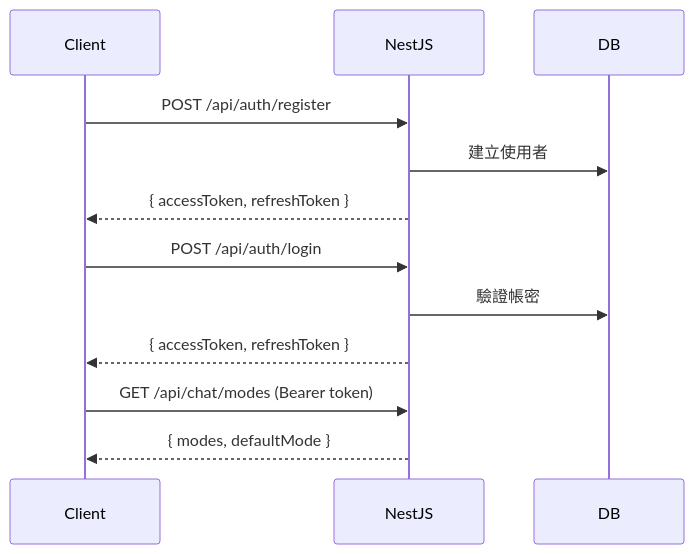
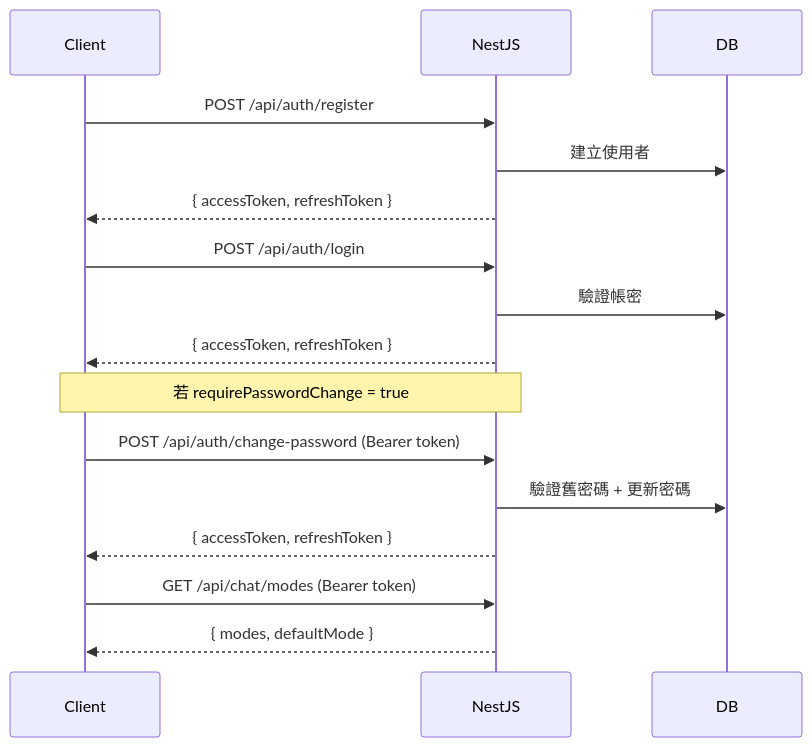
One commit to puppychen/oda-CyberKonsult-docs changed the first of 3 diagrams in api/README.md. Above: the diagram before and after it, drawn with Mermaid. The commit also changed other lines of this file and 3 other files, not shown here.

Commit message:
docs: 更新 Auth API 文件 — 密碼政策、change-password 端點；新增 RAG 增強與測試指南

````diff
--- a/api/README.md
+++ b/api/README.md
@@ -38,17 +38,22 @@
 ```mermaid
 sequenceDiagram
     participant Client
     participant NestJS
     participant DB
 
     Client->>NestJS: POST /api/auth/register
     NestJS->>DB: 建立使用者
     NestJS-->>Client: { accessToken, refreshToken }
 
     Client->>NestJS: POST /api/auth/login
     NestJS->>DB: 驗證帳密
     NestJS-->>Client: { accessToken, refreshToken }
 
+    Note over Client,NestJS: 若 requirePasswordChange = true
+    Client->>NestJS: POST /api/auth/change-password (Bearer token)
+    NestJS->>DB: 驗證舊密碼 + 更新密碼
+    NestJS-->>Client: { accessToken, refreshToken }
+
     Client->>NestJS: GET /api/chat/modes (Bearer token)
     NestJS-->>Client: { modes, defaultMode }
 ```
````
